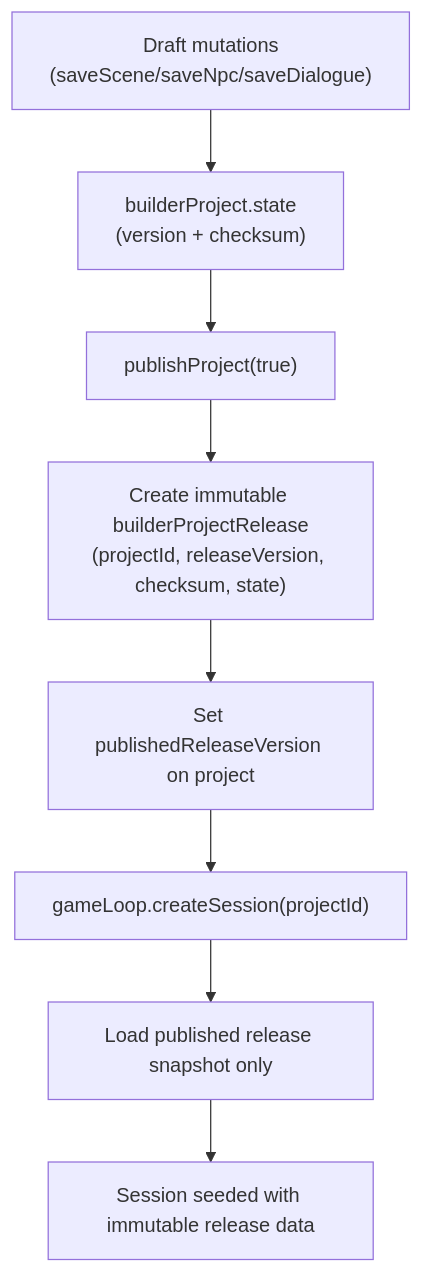
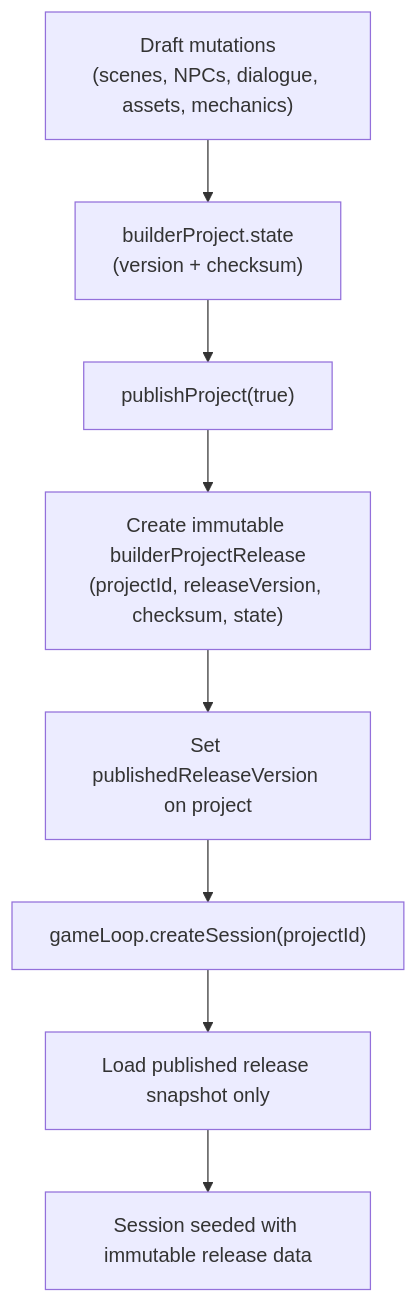
Before and after one commit to d4551/tea: the seventh of 13 diagrams in README.md, drawn with Mermaid. The commit also changed other lines of this file and 42 other files, not shown here.

First line of the commit message:
docs: update README and ARCHITECTURE with builder/player loop, platform readiness, mermaid charts

````diff
--- a/README.md
+++ b/README.md
@@ -299,10 +346,10 @@
 ```mermaid
 flowchart TD
-  A["Draft mutations\n(saveScene/saveNpc/saveDialogue)"] --> B["builderProject.state\n(version + checksum)"]
+  A["Draft mutations\n(scenes, NPCs, dialogue, assets, mechanics)"] --> B["builderProject.state\n(version + checksum)"]
   B --> C["publishProject(true)"]
   C --> D["Create immutable builderProjectRelease\n(projectId, releaseVersion, checksum, state)"]
   D --> E["Set publishedReleaseVersion on project"]
   E --> F["gameLoop.createSession(projectId)"]
   F --> G["Load published release snapshot only"]
   G --> H["Session seeded with immutable release data"]
 ```
````
